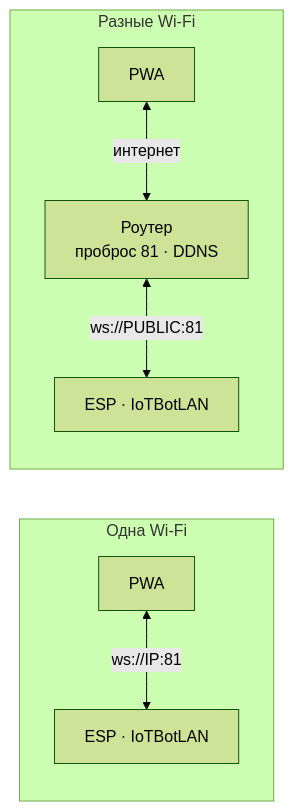
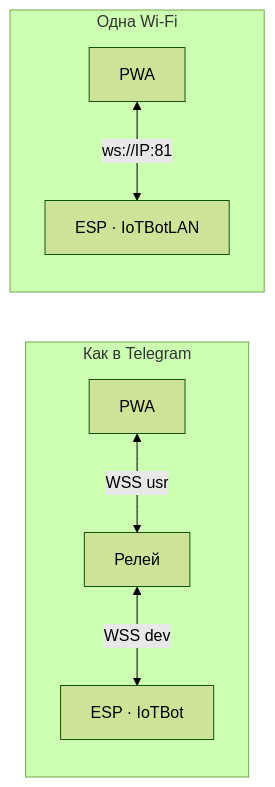
Before and after one commit to hegoleg/IOT-MESSENGER: the second of 2 diagrams in obsidian/01 Архитектура.md, drawn with Mermaid (forest theme). The commit also changed other lines of this file and 18 other files, not shown here.

Commit message:
Add Telegram-like relay deployment kit and diagrams

````diff
--- a/obsidian/01 Архитектура.md
+++ b/obsidian/01 Архитектура.md
@@ -41,9 +41,10 @@
 ```mermaid
 flowchart LR
-  subgraph HOME["Одна Wi-Fi"]
-    P1["PWA"] <-->|"ws://IP:81"| E1["ESP · IoTBotLAN"]
+  subgraph TG["Как в Telegram"]
+    P1["PWA"] <-->|"WSS usr"| R["Релей"]
+    R <-->|"WSS dev"| E1["ESP · IoTBot"]
   end
-  subgraph WAN["Разные Wi-Fi"]
-    P2["PWA"] <-->|"интернет"| R["Роутер<br/>проброс 81 · DDNS"] <-->|"ws://PUBLIC:81"| E2["ESP · IoTBotLAN"]
+  subgraph LAN["Одна Wi-Fi"]
+    P2["PWA"] <-->|"ws://IP:81"| E2["ESP · IoTBotLAN"]
   end
 ```
````
